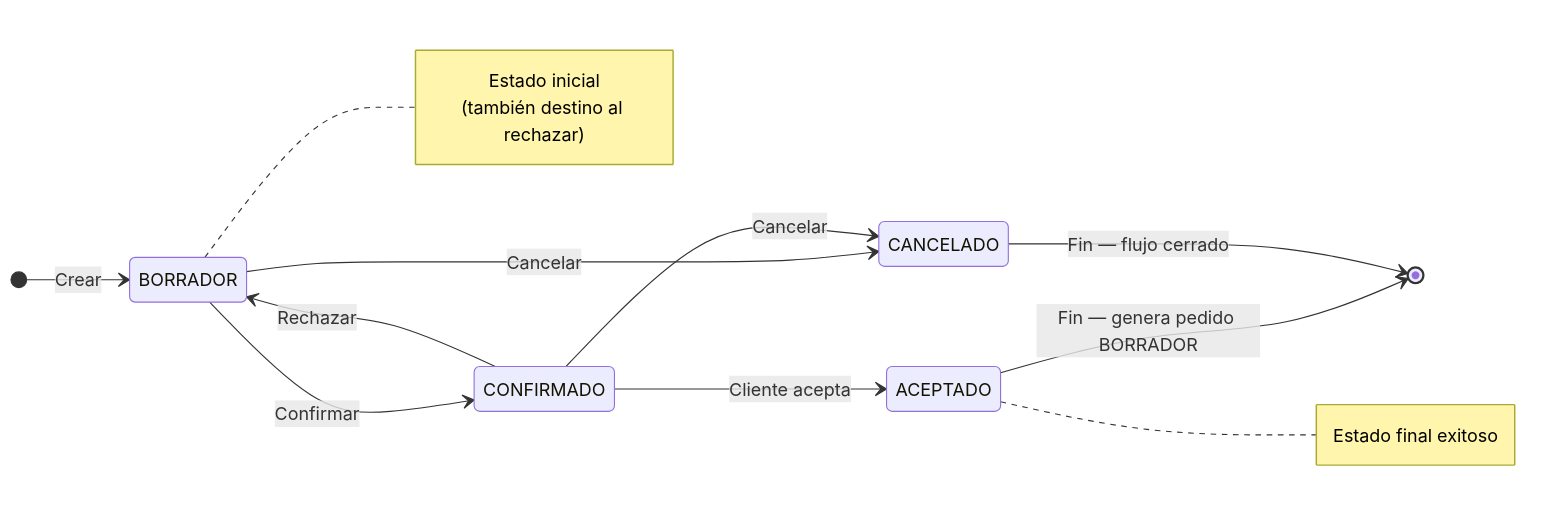
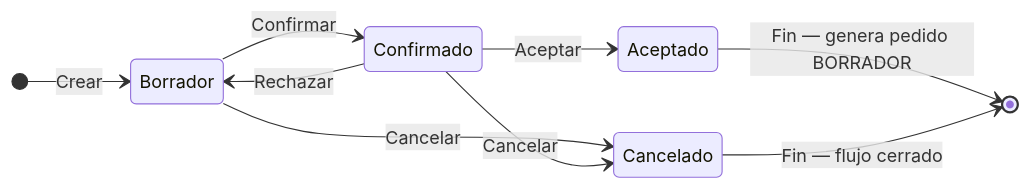
Before and after one commit to Zink-in-Tech/ZiT-ERP_DocsPublica_FE: the diagram in docs/ventas/presupuestos.md, drawn with Mermaid. The commit also changed other lines of this file and 18 other files, not shown here.

````diff
--- a/docs/ventas/presupuestos.md
+++ b/docs/ventas/presupuestos.md
@@ -89,19 +91,12 @@
 ```mermaid
 stateDiagram-v2
   direction LR
-  [*] --> BORRADOR: Crear
-  BORRADOR --> CONFIRMADO: Confirmar
-  CONFIRMADO --> ACEPTADO: Cliente acepta
-  CONFIRMADO --> BORRADOR: Rechazar
-  ACEPTADO --> [*]: Fin — genera pedido BORRADOR
-  BORRADOR --> CANCELADO: Cancelar
-  CONFIRMADO --> CANCELADO: Cancelar
-  CANCELADO --> [*]: Fin — flujo cerrado
-  note right of BORRADOR
-    Estado inicial
-    (también destino al rechazar)
-  end note
-  note right of ACEPTADO
-    Estado final exitoso
-  end note
+  [*] --> Borrador: Crear
+  Borrador --> Confirmado: Confirmar
+  Confirmado --> Aceptado: Aceptar
+  Confirmado --> Borrador: Rechazar
+  Aceptado --> [*]: Fin — genera pedido BORRADOR
+  Borrador --> Cancelado: Cancelar
+  Confirmado --> Cancelado: Cancelar
+  Cancelado --> [*]: Fin — flujo cerrado
 ```
````
